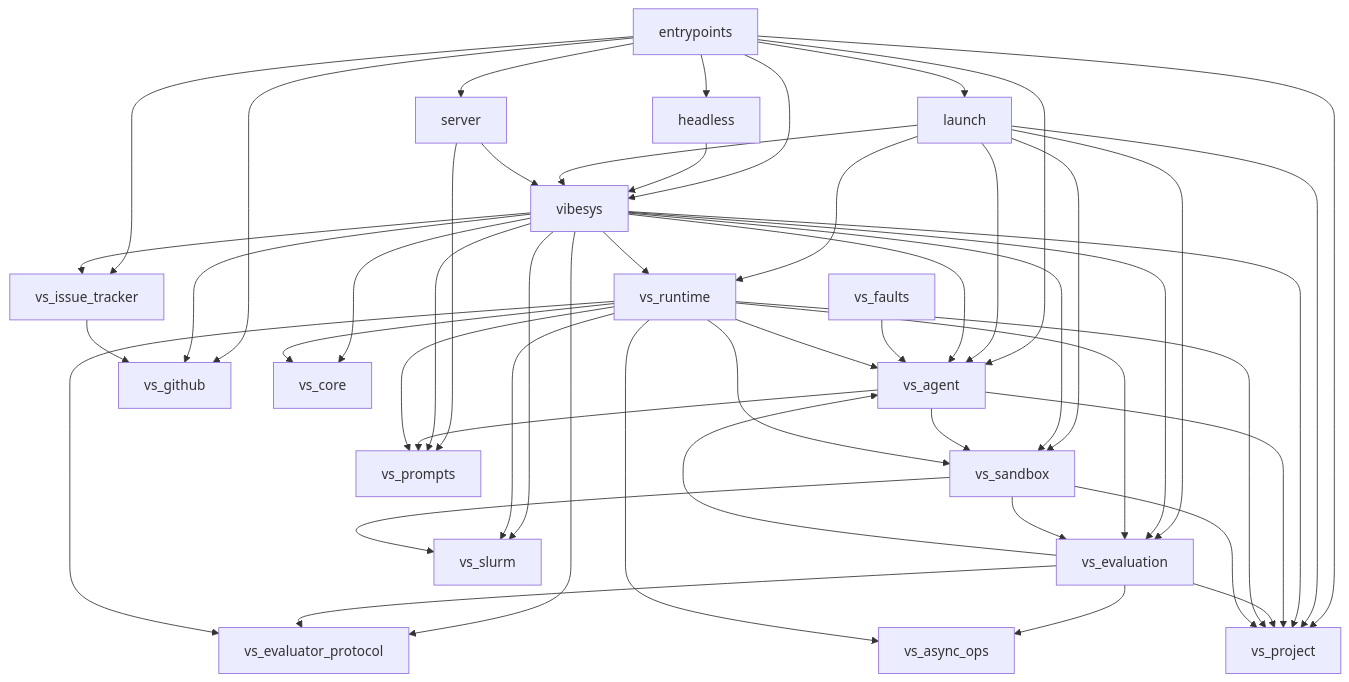
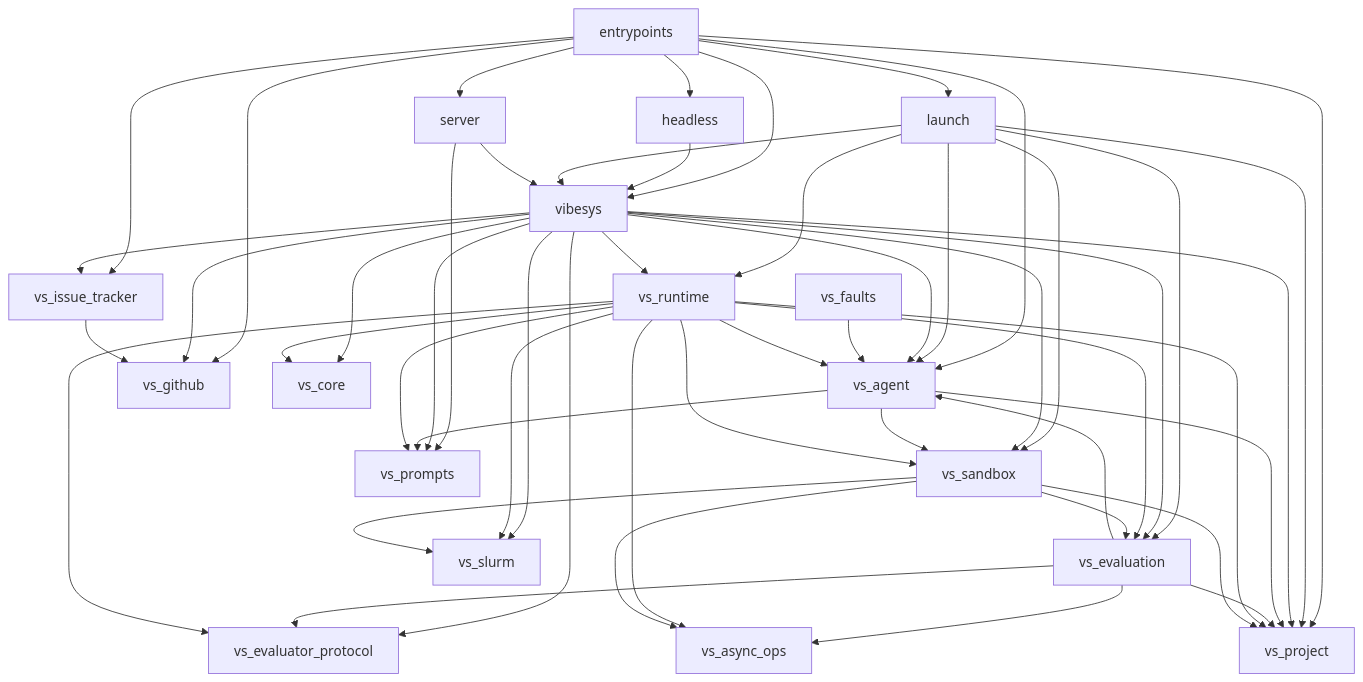
Before and after one commit to uw-syfi/vibesys: the diagram in docs/contributing/architecture.md, drawn with Mermaid. The commit also changed 7 other files, not shown here.

````diff
--- a/docs/contributing/architecture.md
+++ b/docs/contributing/architecture.md
@@ -90,52 +90,53 @@
 ```mermaid
 graph TD
     entrypoints --> headless
     entrypoints --> launch
     entrypoints --> server
     entrypoints --> vibesys
     entrypoints --> vs_agent
     entrypoints --> vs_github
     entrypoints --> vs_issue_tracker
     entrypoints --> vs_project
     headless --> vibesys
     launch --> vibesys
     launch --> vs_agent
     launch --> vs_evaluation
     launch --> vs_project
     launch --> vs_runtime
     launch --> vs_sandbox
     server --> vibesys
     server --> vs_prompts
     vibesys --> vs_agent
     vibesys --> vs_core
     vibesys --> vs_evaluation
     vibesys --> vs_evaluator_protocol
     vibesys --> vs_github
     vibesys --> vs_issue_tracker
     vibesys --> vs_project
     vibesys --> vs_prompts
     vibesys --> vs_runtime
     vibesys --> vs_sandbox
     vibesys --> vs_slurm
     vs_agent --> vs_project
     vs_agent --> vs_prompts
     vs_agent --> vs_sandbox
     vs_evaluation --> vs_agent
     vs_evaluation --> vs_async_ops
     vs_evaluation --> vs_evaluator_protocol
     vs_evaluation --> vs_project
     vs_faults --> vs_agent
     vs_issue_tracker --> vs_github
     vs_runtime --> vs_agent
     vs_runtime --> vs_async_ops
     vs_runtime --> vs_core
     vs_runtime --> vs_evaluation
     vs_runtime --> vs_evaluator_protocol
     vs_runtime --> vs_project
     vs_runtime --> vs_prompts
     vs_runtime --> vs_sandbox
     vs_runtime --> vs_slurm
+    vs_sandbox --> vs_async_ops
     vs_sandbox --> vs_evaluation
     vs_sandbox --> vs_project
     vs_sandbox --> vs_slurm
 ```
````
